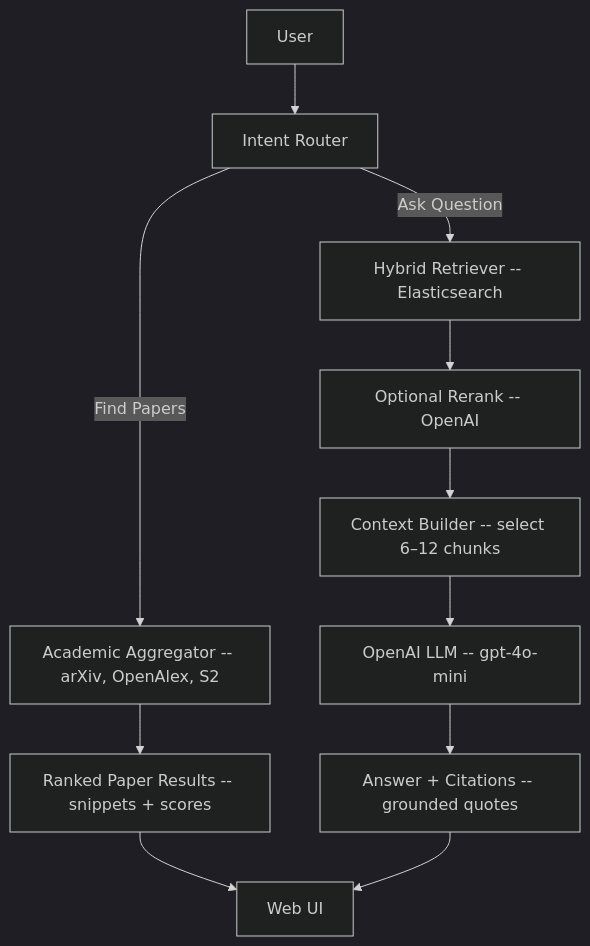
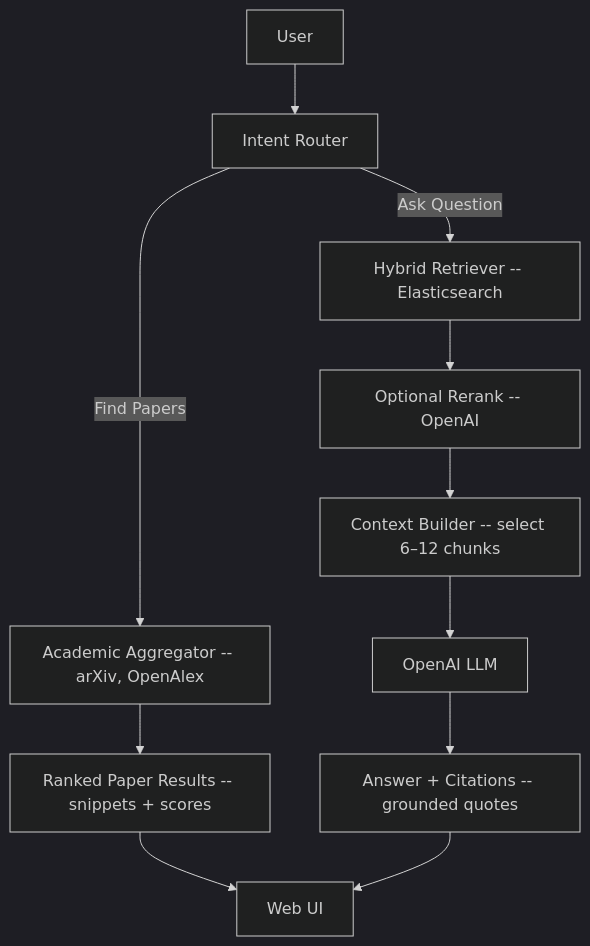
Before and after one commit to DatTruonggg/paper-search-engine: the first of 2 diagrams in docs/workflow/README.md, drawn with Mermaid (dark theme).

````diff
--- a/docs/workflow/README.md
+++ b/docs/workflow/README.md
@@ -5,15 +5,15 @@
 ```mermaid
 flowchart TD
   U[User] --> R[Intent Router]
-  R -->|Find Papers| AGG[Academic Aggregator -- arXiv, OpenAlex, S2]
+  R -->|Find Papers| AGG[Academic Aggregator -- arXiv, OpenAlex]
   AGG --> SR[Ranked Paper Results -- snippets + scores]
 
   R -->|Ask Question| RET[Hybrid Retriever -- Elasticsearch]
   RET --> RR[Optional Rerank -- OpenAI]
   RR --> CT[Context Builder -- select 6–12 chunks]
-  CT --> GEN[OpenAI LLM -- gpt-4o-mini]
+  CT --> GEN[OpenAI LLM]
   GEN --> ANS[Answer + Citations -- grounded quotes]
 
   SR --> UI[Web UI]
   ANS --> UI
 ```
````
